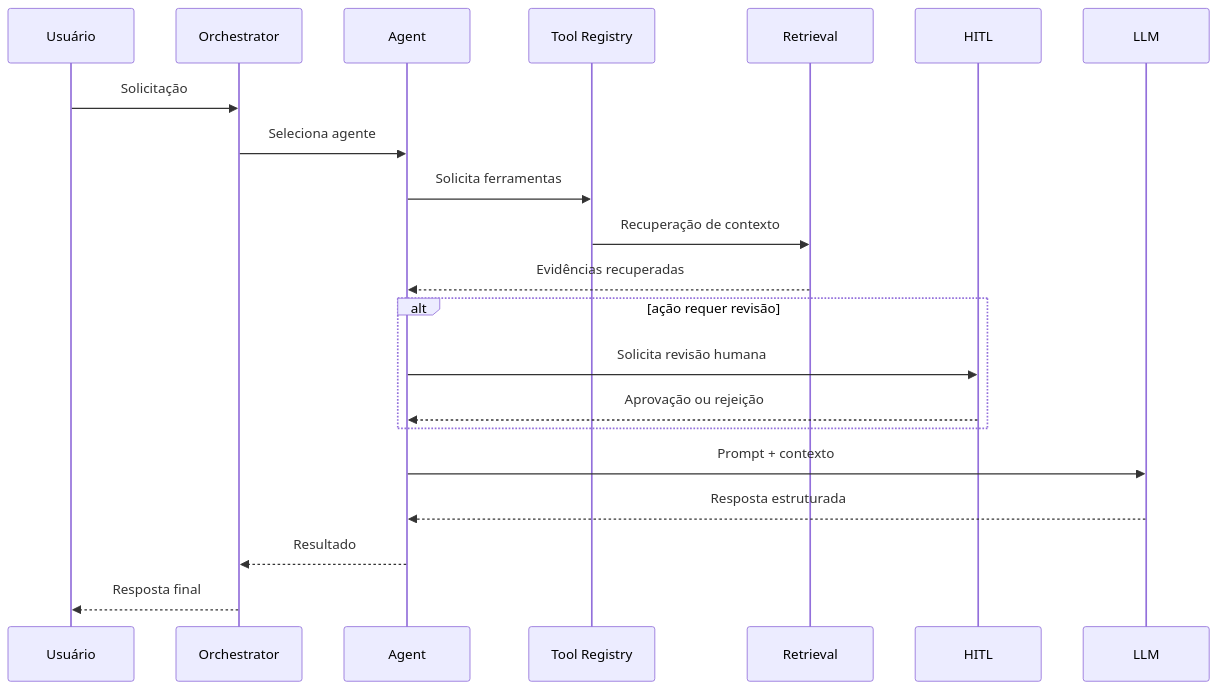
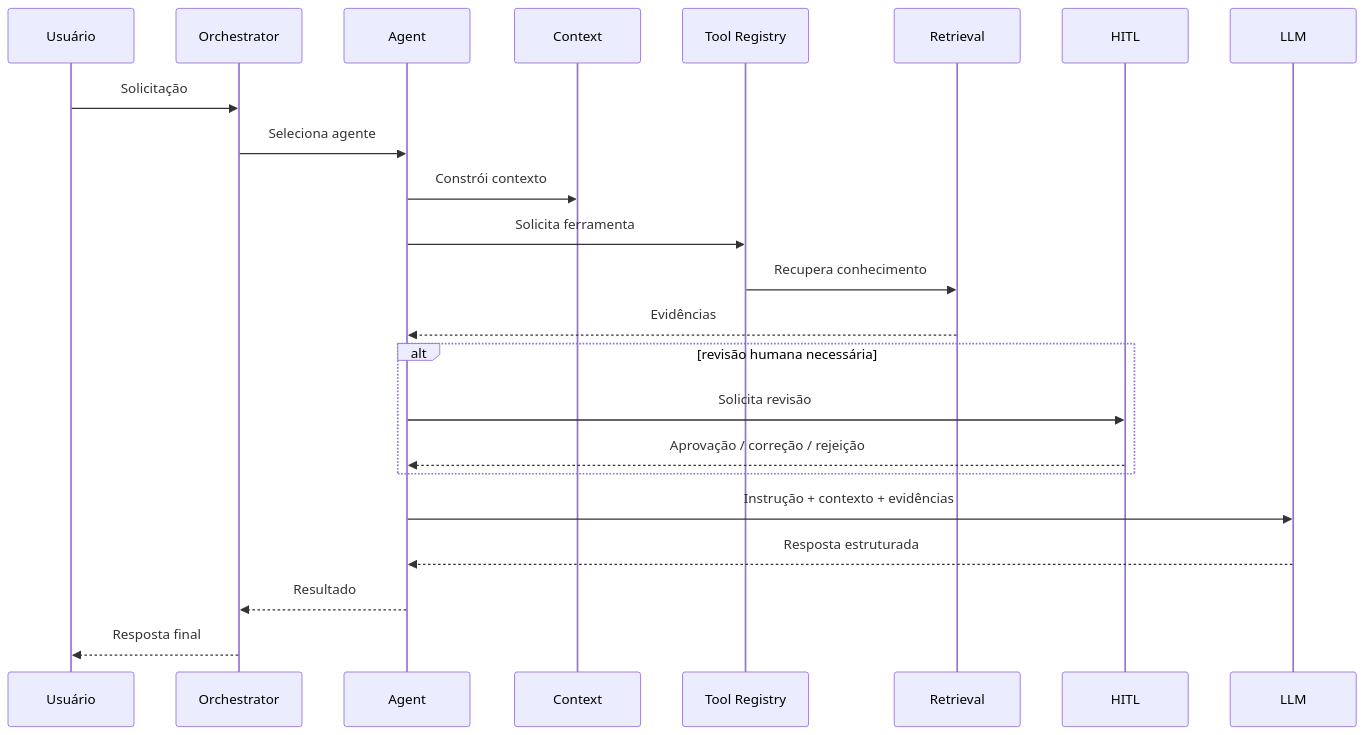
One commit to Rogerio5/INNA-AI-Engineering-Portfolio changed the second of 26 diagrams in README.md. Above: the diagram before and after it, drawn with Mermaid. The commit also changed other lines of this file, not shown here.

````diff
--- a/README.md
+++ b/README.md
@@ -110,27 +112,29 @@
 ```mermaid
 sequenceDiagram
 
     participant U as Usuário
     participant O as Orchestrator
     participant A as Agent
+    participant C as Context
     participant T as Tool Registry
     participant R as Retrieval
     participant H as HITL
     participant L as LLM
 
     U->>O: Solicitação
     O->>A: Seleciona agente
-    A->>T: Solicita ferramentas
-    T->>R: Recuperação de contexto
-    R-->>A: Evidências recuperadas
+    A->>C: Constrói contexto
+    A->>T: Solicita ferramenta
+    T->>R: Recupera conhecimento
+    R-->>A: Evidências
 
-    alt ação requer revisão
-        A->>H: Solicita revisão humana
-        H-->>A: Aprovação ou rejeição
+    alt revisão humana necessária
+        A->>H: Solicita revisão
+        H-->>A: Aprovação / correção / rejeição
     end
 
-    A->>L: Prompt + contexto
+    A->>L: Instrução + contexto + evidências
     L-->>A: Resposta estruturada
     A-->>O: Resultado
     O-->>U: Resposta final
 ```
````
